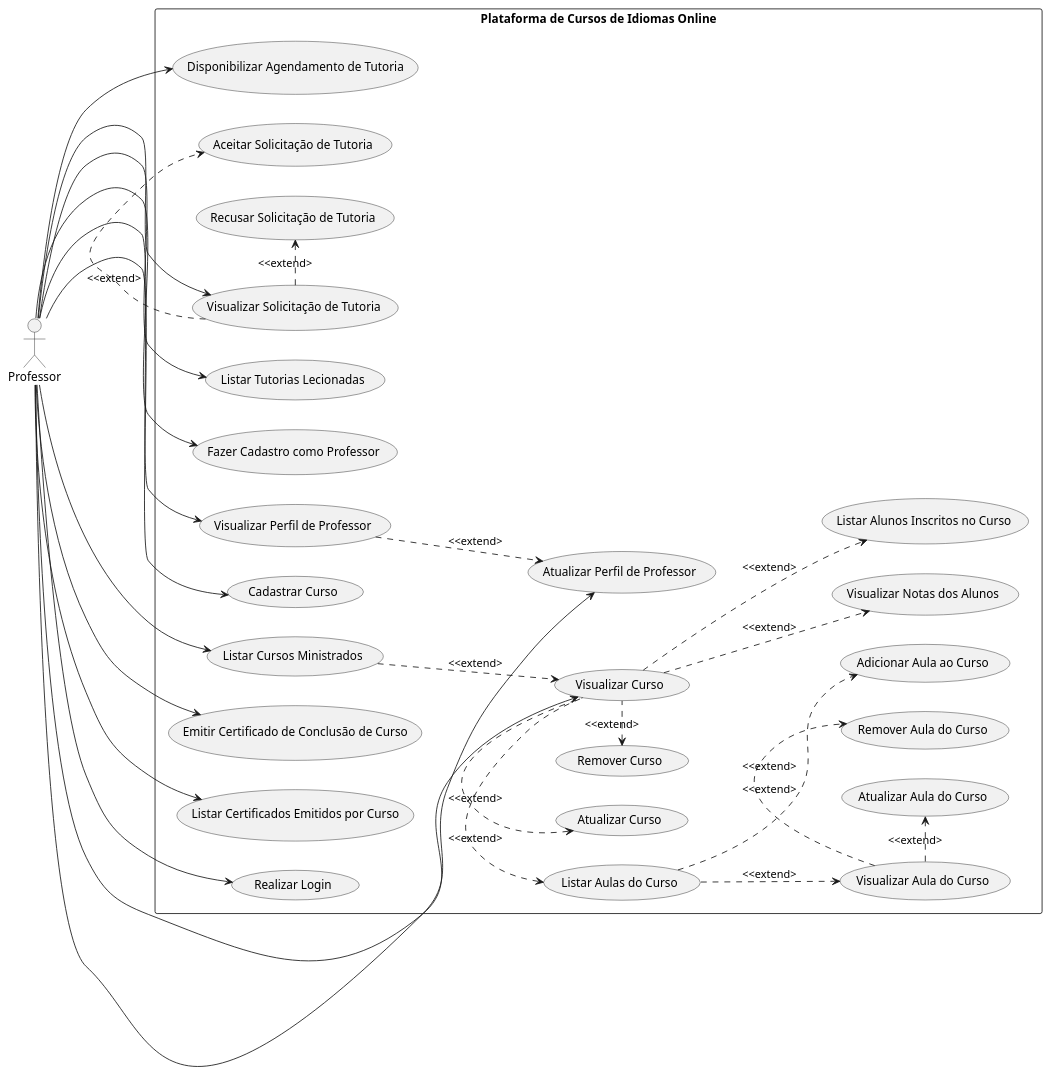
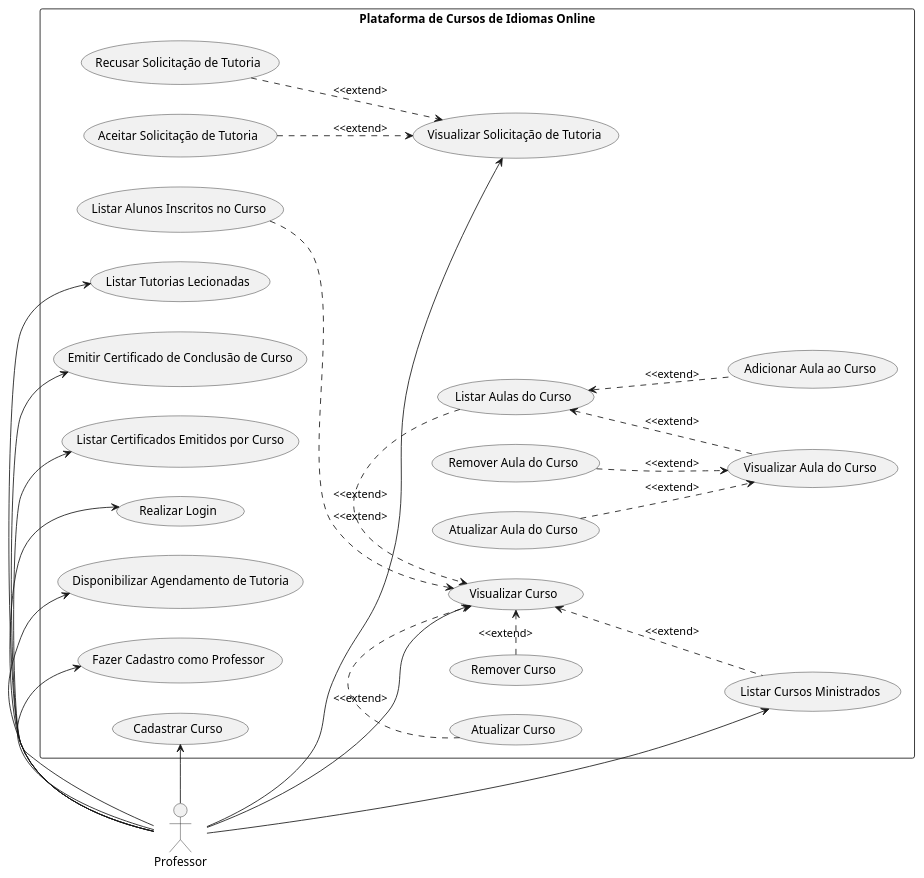
One commit to Nicolas-Emanuel7/Atividades-APS changed the diagram in projeto-1Unidade/professor.puml. Above: the diagram before and after it, drawn with PlantUML. The commit also changed 1 other file, not shown here.

Commit message:
refactor: atualiza diagramas de classe de aluno e professor

```diff
--- a/projeto-1Unidade/professor.puml
+++ b/projeto-1Unidade/professor.puml
@@ -1,72 +1,66 @@
 @startuml "Plataforma de Cursos de Idiomas Online"
 left to right direction
 
 :Professor: as professor
 ' :Plataforma: as plataforma
 
 
 rectangle "Plataforma de Cursos de Idiomas Online"{
     (Fazer Cadastro como Professor) as fazer_cadastro_professor
-    (Visualizar Perfil de Professor) as visualizar_perfil_professor
-    (Atualizar Perfil de Professor) as atualizar_perfil_professor
+    ' (Visualizar Perfil de Professor) as visualizar_perfil_professor
+    ' (Atualizar Perfil de Professor) as atualizar_perfil_professor
     (Cadastrar Curso) as cadastrar_curso
     (Remover Curso) as remover_curso
     (Atualizar Curso) as atualizar_curso
     (Visualizar Curso) as visualizar_curso
-    (Visualizar Notas dos Alunos) as visualizar_notas_alunos
+    ' (Visualizar Notas dos Alunos) as visualizar_notas_alunos
     (Listar Cursos Ministrados) as listar_cursos_ministrados
     (Adicionar Aula ao Curso) as adicionar_aula_curso
     (Remover Aula do Curso) as remover_aula_curso
     (Atualizar Aula do Curso) as atualizar_aula_curso
     (Visualizar Aula do Curso) as visualizar_aula_curso
     (Listar Aulas do Curso) as listar_aulas_curso
     (Listar Alunos Inscritos no Curso) as listar_alunos_inscritos_curso
     (Disponibilizar Agendamento de Tutoria) as disponibilizar_agendamento_tutoria
     (Aceitar Solicitação de Tutoria) as aceitar_solicitacao_tutoria
     (Recusar Solicitação de Tutoria) as recusar_solicitacao_tutoria
     (Visualizar Solicitação de Tutoria) as visualizar_solicitacao_tutoria
     (Listar Tutorias Lecionadas) as listar_tutorias_lecionadas
     (Emitir Certificado de Conclusão de Curso) as emitir_certificado_conclusao_curso
     (Listar Certificados Emitidos por Curso) as listar_certificados_emitidos_curso
-    (Atualizar Perfil de Professor) as atualizar_perfil_professor
 
     (Realizar Login) as realizar_login
 }
 
 professor -down-> fazer_cadastro_professor
-professor -down-> visualizar_perfil_professor
 professor -down-> cadastrar_curso
 professor -down-> visualizar_curso
 professor -down-> listar_cursos_ministrados
 
-professor -right-> disponibilizar_agendamento_tutoria
-professor -right-> visualizar_solicitacao_tutoria
-professor -right-> listar_tutorias_lecionadas
+professor -up-> disponibilizar_agendamento_tutoria
+professor -up-> visualizar_solicitacao_tutoria
+professor -up-> listar_tutorias_lecionadas
 
-professor --> emitir_certificado_conclusao_curso
-professor --> listar_certificados_emitidos_curso
-professor --> atualizar_perfil_professor
+professor -left-> emitir_certificado_conclusao_curso
+professor -left-> listar_certificados_emitidos_curso
 
-professor --> realizar_login
+professor -left-> realizar_login
 
-visualizar_perfil_professor .down.> atualizar_perfil_professor: <<extend>
+listar_cursos_ministrados .up.> visualizar_curso: <<extend>
 
-listar_cursos_ministrados .down.> visualizar_curso: <<extend>
+visualizar_curso <.up. listar_alunos_inscritos_curso: <<extend>
+visualizar_curso <.left. remover_curso: <<extend>
+visualizar_curso <.left. atualizar_curso: <<extend>
 
-visualizar_curso .down.> listar_alunos_inscritos_curso: <<extend>
-visualizar_curso .down.> visualizar_notas_alunos: <<extend>
-visualizar_curso .left.> remover_curso: <<extend>
-visualizar_curso .left.> atualizar_curso: <<extend>
+visualizar_curso <.left. listar_aulas_curso: <<extend>
 
-visualizar_curso .left.> listar_aulas_curso: <<extend>
+listar_aulas_curso <.down. visualizar_aula_curso: <<extend>
+listar_aulas_curso <.down. adicionar_aula_curso: <<extend>
 
-listar_aulas_curso .down.> visualizar_aula_curso: <<extend>
-listar_aulas_curso .down.> adicionar_aula_curso: <<extend>
+visualizar_aula_curso <.up. remover_aula_curso: <<extend>
+visualizar_aula_curso <.up. atualizar_aula_curso: <<extend>
 
-visualizar_aula_curso .right.> remover_aula_curso: <<extend>
-visualizar_aula_curso .right.> atualizar_aula_curso: <<extend>
-
-visualizar_solicitacao_tutoria .right.> aceitar_solicitacao_tutoria: <<extend>
-visualizar_solicitacao_tutoria .right.> recusar_solicitacao_tutoria: <<extend>
+visualizar_solicitacao_tutoria <.up. aceitar_solicitacao_tutoria: <<extend>
+visualizar_solicitacao_tutoria <.up. recusar_solicitacao_tutoria: <<extend>
 
 @enduml
```
